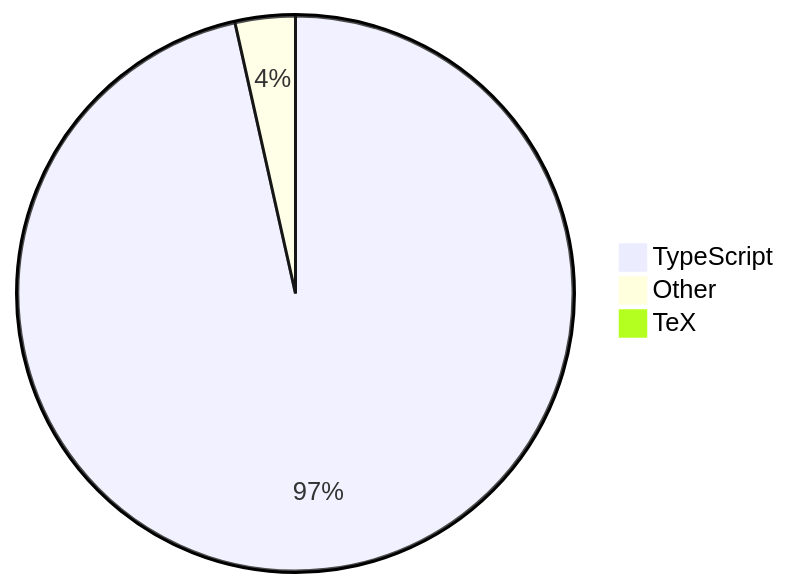
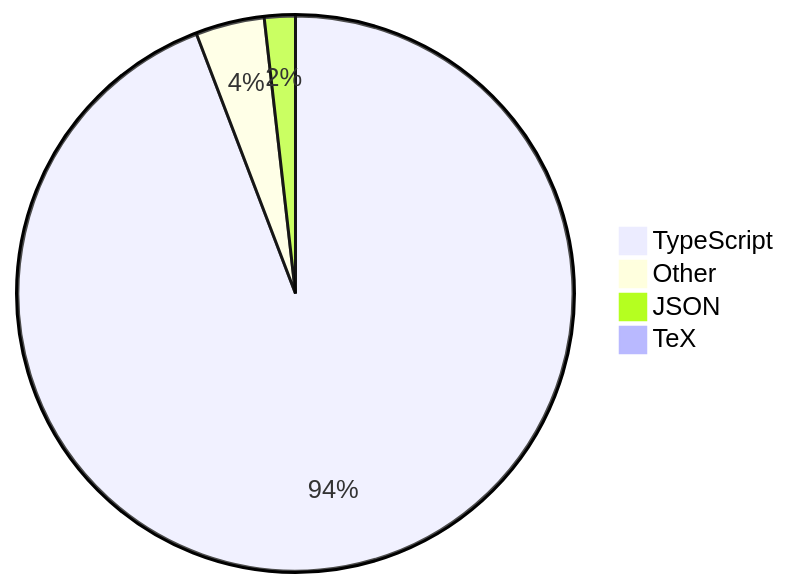
Before and after one commit to skvggor/skvggor: the diagram in README.md, drawn with Mermaid.

Commit message:
Updated waka-readme graph with new metrics

````diff
--- a/README.md
+++ b/README.md
@@ -16,6 +16,7 @@
 ```mermaid
 pie
-    "TypeScript" : 96.5
-    "Other" : 3.5
+    "TypeScript" : 94.2
+    "Other" : 4.0
+    "JSON" : 1.8
     "TeX" : 0.0
 ```
````
